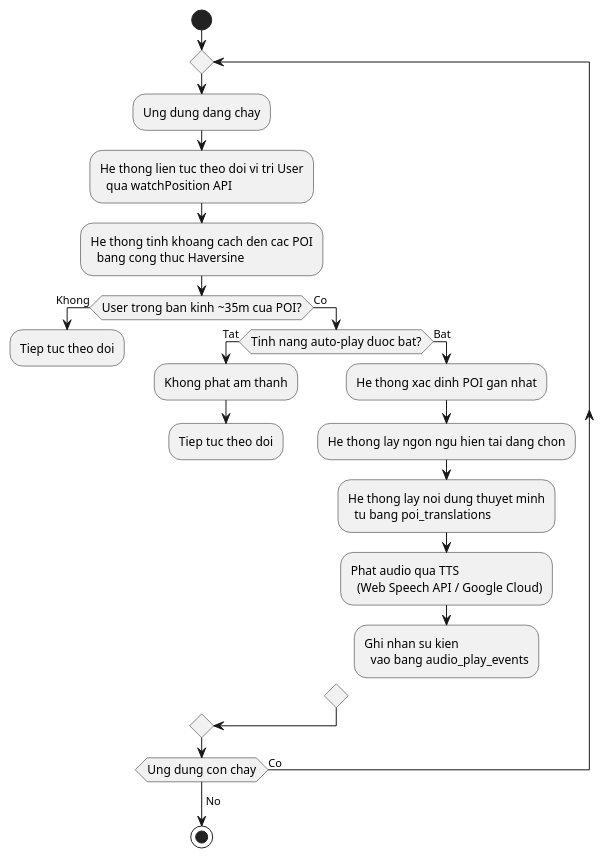
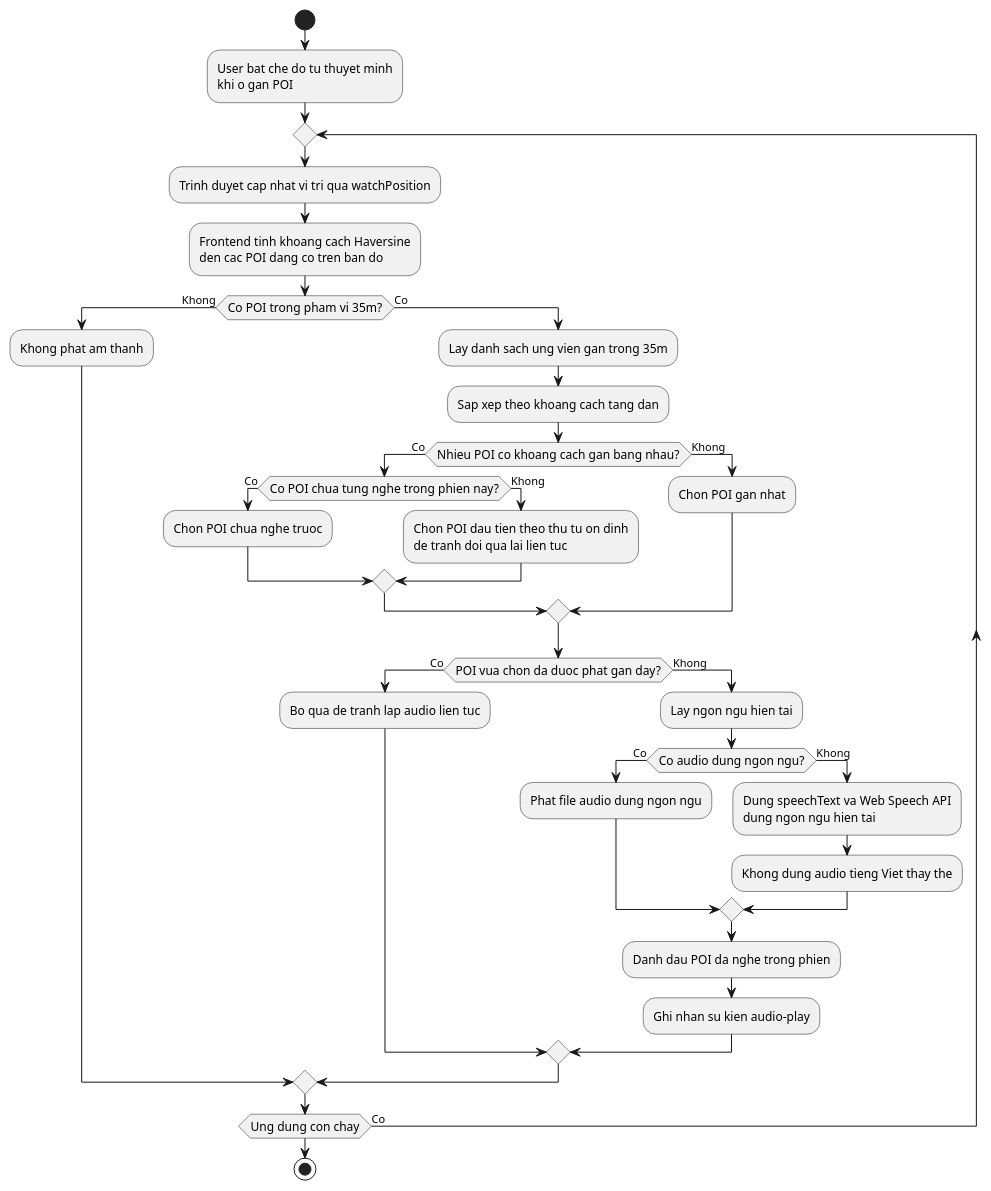
Before and after one commit to MinhMafia/DiDuDuaDi: the diagram in Đặc tả wed/activity_10_auto_play_tts.puml, drawn with PlantUML. The commit also changed 42 other files, not shown here.

```diff
--- a/Đặc tả wed/activity_10_auto_play_tts.puml
+++ b/Đặc tả wed/activity_10_auto_play_tts.puml
@@ -1,42 +1,52 @@
 @startuml activity_10_auto_play_tts
 skinparam backgroundColor White
 skinparam activityFontSize 12
 skinparam activityFontName "Times New Roman"
 
 start
 
+:User bat che do tu thuyet minh
+khi o gan POI;
+
 repeat
-  :Ung dung dang chay;
-  
-  :He thong lien tuc theo doi vi tri User
-    qua watchPosition API;
-  
-  :He thong tinh khoang cach den cac POI
-    bang cong thuc Haversine;
+  :Trinh duyet cap nhat vi tri qua watchPosition;
+  :Frontend tinh khoang cach Haversine
+  den cac POI dang co tren ban do;
 
-  if (User trong ban kinh ~35m cua POI?) then (Khong)
-    :Tiep tuc theo doi;
-    -[hidden]->
+  if (Co POI trong pham vi 35m?) then (Khong)
+    :Khong phat am thanh;
   else (Co)
-    if (Tinh nang auto-play duoc bat?) then (Tat)
-      :Khong phat am thanh;
-      :Tiep tuc theo doi;
-      -[hidden]->
-    else (Bat)
-      :He thong xac dinh POI gan nhat;
-      :He thong lay ngon ngu hien tai dang chon;
-      :He thong lay noi dung thuyet minh
-        tu bang poi_translations;
-      :Phat audio qua TTS
-        (Web Speech API / Google Cloud);
-      :Ghi nhan su kien
-        vao bang audio_play_events;
-      -[hidden]->
+    :Lay danh sach ung vien gan trong 35m;
+    :Sap xep theo khoang cach tang dan;
+
+    if (Nhieu POI co khoang cach gan bang nhau?) then (Co)
+      if (Co POI chua tung nghe trong phien nay?) then (Co)
+        :Chon POI chua nghe truoc;
+      else (Khong)
+        :Chon POI dau tien theo thu tu on dinh
+        de tranh doi qua lai lien tuc;
+      endif
+    else (Khong)
+      :Chon POI gan nhat;
+    endif
+
+    if (POI vua chon da duoc phat gan day?) then (Co)
+      :Bo qua de tranh lap audio lien tuc;
+    else (Khong)
+      :Lay ngon ngu hien tai;
+      if (Co audio dung ngon ngu?) then (Co)
+        :Phat file audio dung ngon ngu;
+      else (Khong)
+        :Dung speechText va Web Speech API
+        dung ngon ngu hien tai;
+        :Khong dung audio tieng Viet thay the;
+      endif
+      :Danh dau POI da nghe trong phien;
+      :Ghi nhan su kien audio-play;
     endif
   endif
 repeat while (Ung dung con chay) is (Co)
 
--> No;
 stop
 
 @enduml
```
